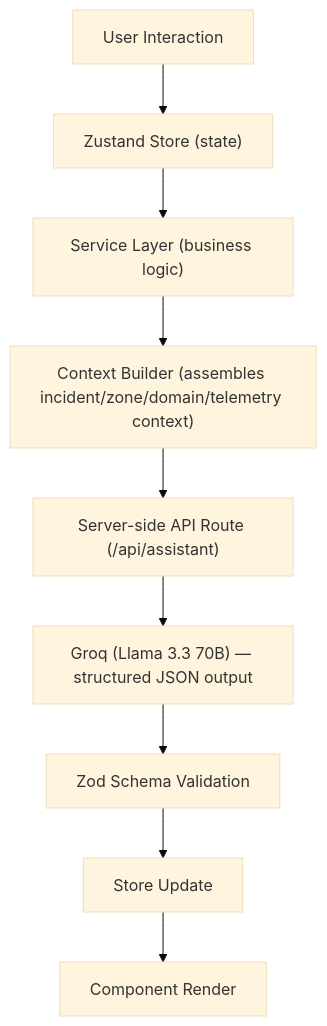
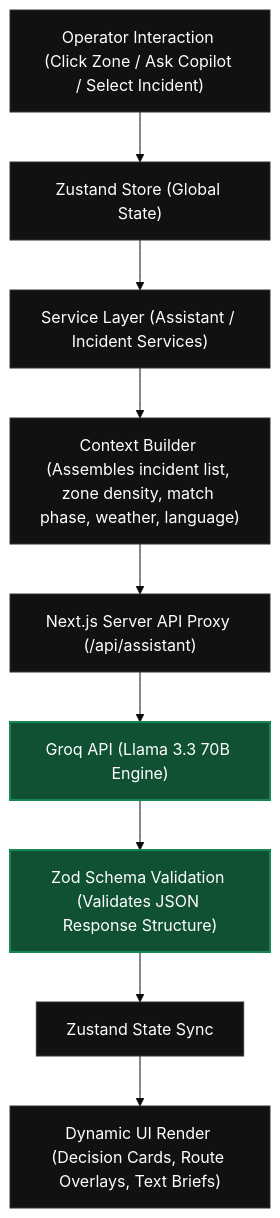
The diagram in README.md (rahulasthwik1307/VenueMind-AI), drawn with Mermaid (base theme) before and after one commit. The commit also changed other lines of this file, not shown here.

Commit message:
docs: rewrite and expand README with detailed sections on platform features, architecture, and challenge alignment

````diff
--- a/README.md
+++ b/README.md
@@ -117,11 +159,30 @@
 ```mermaid
 flowchart TD
-    A["User Interaction"] --> B["Zustand Store (state)"]
-    B --> C["Service Layer (business logic)"]
-    C --> D["Context Builder (assembles incident/zone/domain/telemetry context)"]
-    D --> E["Server-side API Route (/api/assistant)"]
-    E --> F["Groq (Llama 3.3 70B) — structured JSON output"]
-    F --> G["Zod Schema Validation"]
-    G --> H["Store Update"]
-    H --> I["Component Render"]
+    %% User Interaction Layer
+    A["Operator Interaction (Click Zone / Ask Copilot / Select Incident)"] --> B["Zustand Store (Global State)"]
+    
+    %% Business Logic Layer
+    B --> C["Service Layer (Assistant / Incident Services)"]
+    
+    %% AI Context Assembly
+    C --> D["Context Builder (Assembles incident list, zone density, match phase, weather, language)"]
+    
+    %% Server-Side Proxy
+    D --> E["Next.js Server API Proxy (/api/assistant)"]
+    
+    %% AI Inference
+    E --> F["Groq API (Llama 3.3 70B Engine)"]
+    
+    %% Security & Validation
+    F --> G["Zod Schema Validation (Validates JSON Response Structure)"]
+    
+    %% State Update & Render
+    G --> H["Zustand State Sync"]
+    H --> I["Dynamic UI Render (Decision Cards, Route Overlays, Text Briefs)"]
+    
+    %% Styling & Colors
+    classDef default fill:#111,stroke:#333,stroke-width:1px,color:#fff;
+    classDef highlight fill:#0f5132,stroke:#198754,stroke-width:2px,color:#fff;
+    class G highlight;
+    class F highlight;
 ```
````
